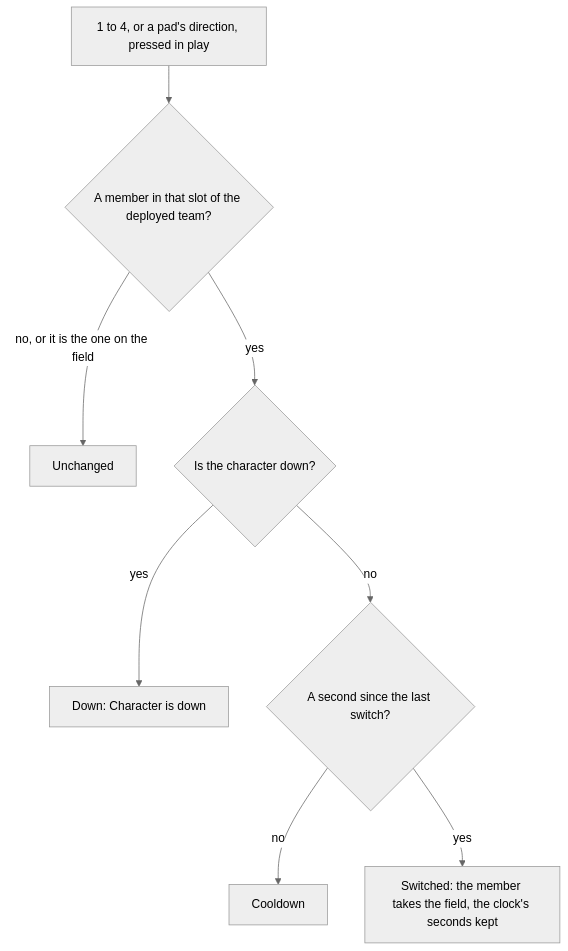
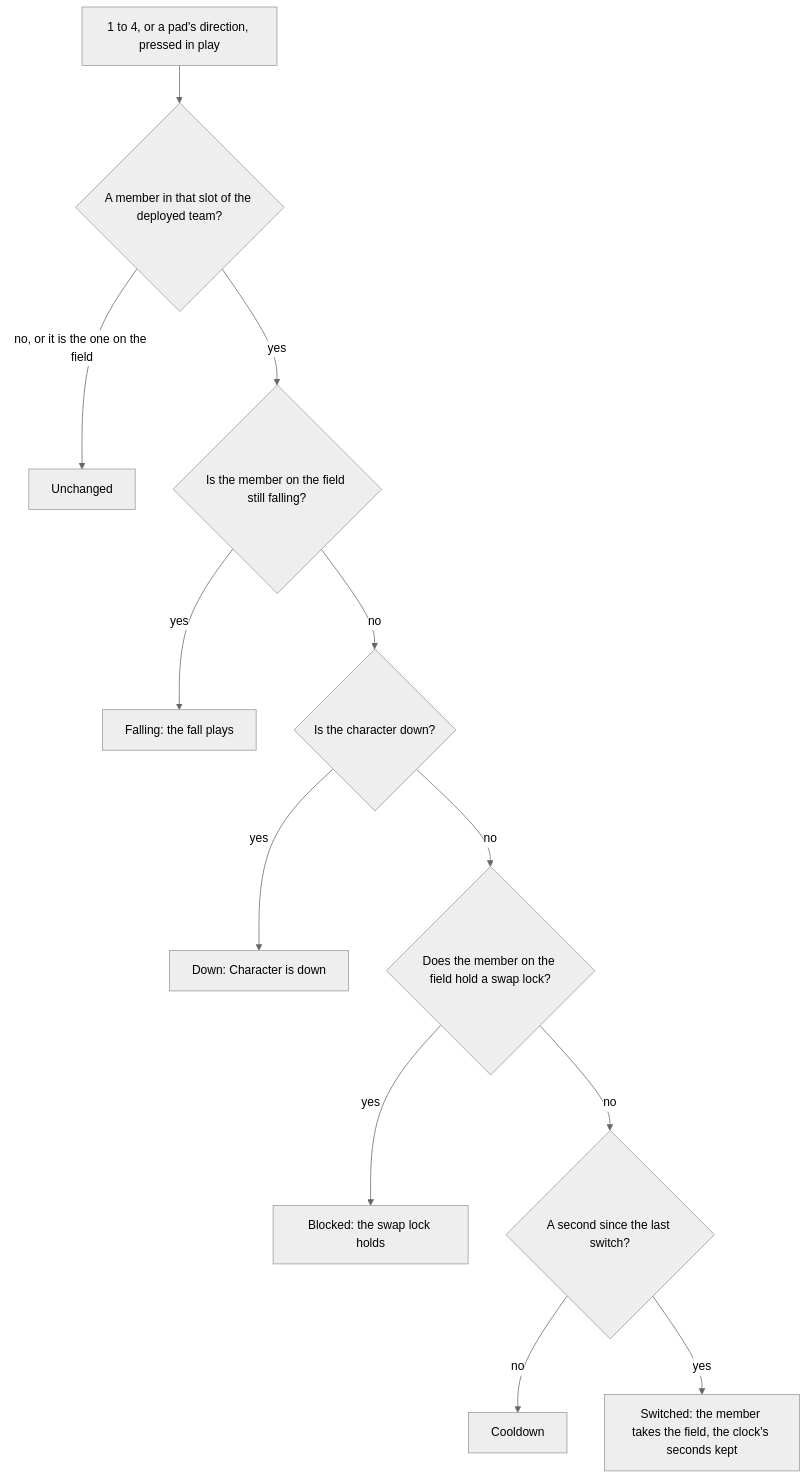
One commit to Esposter/Esposter changed the first of 2 diagrams in openspec/specs/genshin/party/design.md. Above: the diagram before and after it, drawn with Mermaid (neutral theme). The commit also changed other lines of this file, not shown here.

Commit message:
docs(genshin): the party's switch rules name falling and blocked switches
A switch to a falling member and a switch the swap lock blocks both leave the energy alone, so the flowchart and the outcome list name them beside the down and cooldown cases.

Claude-Session: https://claude.ai/code/session_01FSjv62DsHeN22SAmX3RzMV

````diff
--- a/openspec/specs/genshin/party/design.md
+++ b/openspec/specs/genshin/party/design.md
@@ -7,10 +7,14 @@
 ```mermaid
 flowchart TD
   KEY["1 to 4, or a pad's direction, pressed in play"] --> SLOT{"A member in that slot of the deployed team?"}
   SLOT -->|"no, or it is the one on the field"| NOTHING["Unchanged"]
-  SLOT -->|yes| DOWN{"Is the character down?"}
+  SLOT -->|yes| FALLING{"Is the member on the field still falling?"}
+  FALLING -->|yes| REFUSE_FALLING["Falling: the fall plays"]
+  FALLING -->|no| DOWN{"Is the character down?"}
   DOWN -->|yes| REFUSE_DOWN["Down: Character is down"]
-  DOWN -->|no| COOLDOWN{"A second since the last switch?"}
+  DOWN -->|no| BLOCKED{"Does the member on the field hold a swap lock?"}
+  BLOCKED -->|yes| REFUSE_BLOCKED["Blocked: the swap lock holds"]
+  BLOCKED -->|no| COOLDOWN{"A second since the last switch?"}
   COOLDOWN -->|no| REFUSE_COOLDOWN["Cooldown"]
   COOLDOWN -->|yes| SWITCHED["Switched: the member takes the field, the clock's seconds kept"]
 ```
````
